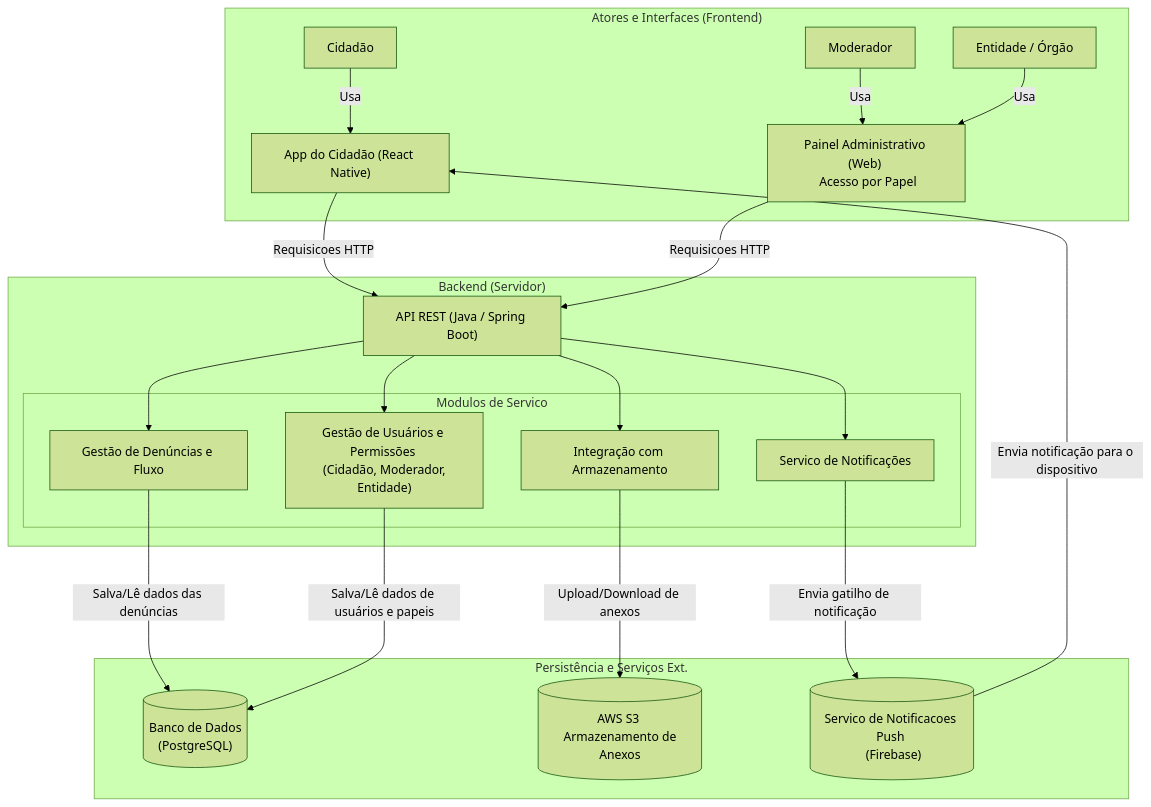
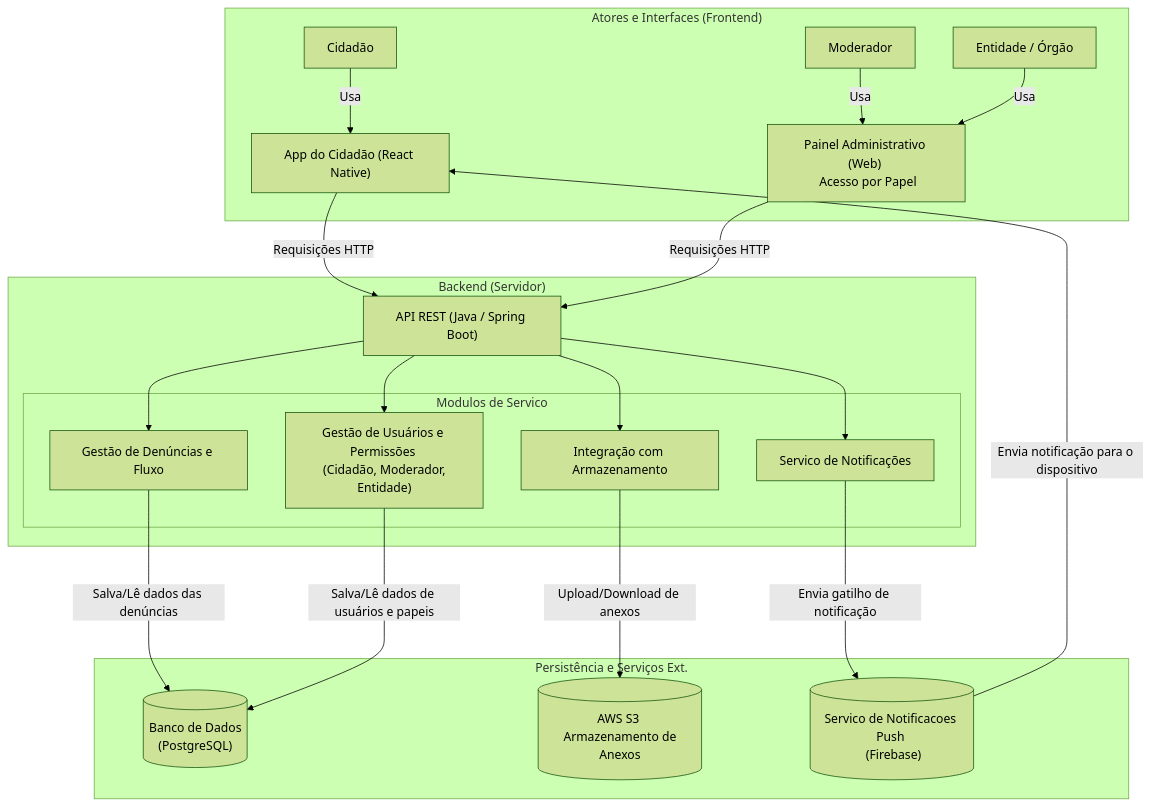
The diagram in Diagramas/architectureDiagram.md (rafa-alves6/Reclama.se-AOO), drawn with Mermaid (forest theme) before and after one commit.

````diff
--- a/Diagramas/architectureDiagram.md
+++ b/Diagramas/architectureDiagram.md
@@ -1,40 +1,40 @@
 ```mermaid
 graph TD
     subgraph "Atores e Interfaces (Frontend)"
         A["Cidadão"] -- "Usa" --> AppCidadao["App do Cidadão (React Native)"]
         B["Moderador"] -- "Usa" --> PainelAdmin["Painel Administrativo (Web) <br> Acesso por Papel"]
         D["Entidade / Órgão"] -- "Usa" --> PainelAdmin
     end
 
     subgraph "Backend (Servidor)"
         API["API REST (Java / Spring Boot)"]
         
         subgraph "Modulos de Servico"
             S1["Gestão de Denúncias e Fluxo"]
             S2["Gestão de Usuários e Permissões <br> (Cidadão, Moderador, Entidade)"]
             S3["Servico de Notificações"]
             S4["Integração com Armazenamento"]
         end
     end
 
     subgraph "Persistência e Serviços Ext."
         DB[("Banco de Dados <br> (PostgreSQL)")]
         S3Bucket[("AWS S3 <br> Armazenamento de Anexos")]
         PushService[("Servico de Notificacoes Push <br> (Firebase)")]
     end
 
     %% Conexoes
-    AppCidadao -- "Requisicoes HTTP" --> API
-    PainelAdmin -- "Requisicoes HTTP" --> API
+    AppCidadao -- "Requisições HTTP" --> API
+    PainelAdmin -- "Requisições HTTP" --> API
 
     API --> S1 & S2 & S3 & S4
 
     S1 -- "Salva/Lê dados das denúncias" ---> DB
     S2 -- "Salva/Lê dados de usuários e papeis" ---> DB
     
     S4 -- "Upload/Download de anexos" ---> S3Bucket
     
     S3 -- "Envia gatilho de notificação" ---> PushService
 
     PushService -- "Envia notificação para o dispositivo" --> AppCidadao
 ```
````
